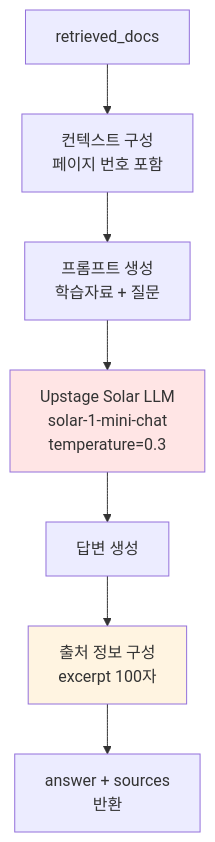
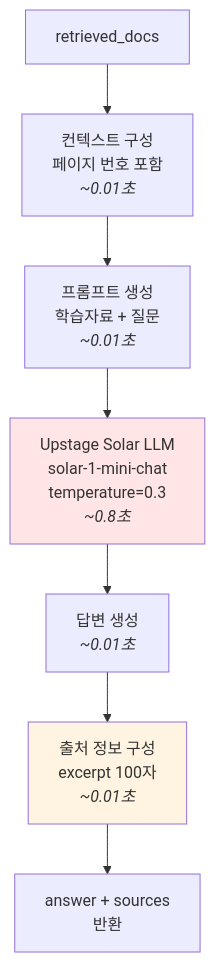
Diagram 11 of 18 in QA_WORKFLOW.md (dkqpeo/obsidian), drawn with Mermaid before and after one commit. The commit also changed other lines of this file and 1 other file, not shown here.

Commit message:
다이어그램 추가.

````diff
--- a/QA_WORKFLOW.md
+++ b/QA_WORKFLOW.md
@@ -168,12 +200,12 @@
 ```mermaid
 flowchart TD
-    A[retrieved_docs] --> B[컨텍스트 구성<br/>페이지 번호 포함]
-    B --> C[프롬프트 생성<br/>학습자료 + 질문]
-    C --> D[Upstage Solar LLM<br/>solar-1-mini-chat<br/>temperature=0.3]
-    D --> E[답변 생성]
-    E --> F[출처 정보 구성<br/>excerpt 100자]
+    A[retrieved_docs] --> B[컨텍스트 구성<br/>페이지 번호 포함<br/><i>~0.01초</i>]
+    B --> C[프롬프트 생성<br/>학습자료 + 질문<br/><i>~0.01초</i>]
+    C --> D[Upstage Solar LLM<br/>solar-1-mini-chat<br/>temperature=0.3<br/><i>~0.8초</i>]
+    D --> E[답변 생성<br/><i>~0.01초</i>]
+    E --> F[출처 정보 구성<br/>excerpt 100자<br/><i>~0.01초</i>]
     F --> G[answer + sources<br/>반환]
 
     style D fill:#ffe5e5
     style F fill:#fff4e1
 ```
````
